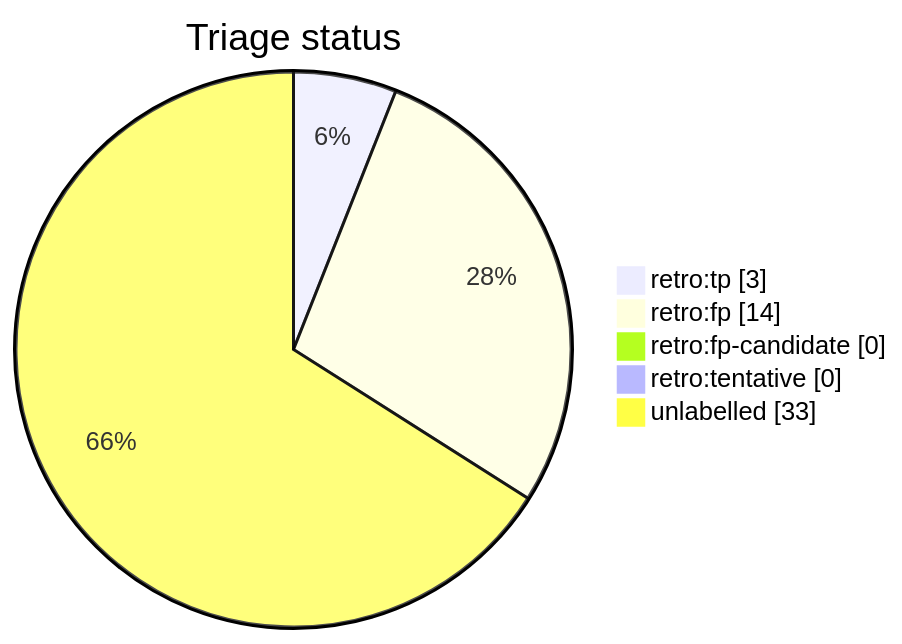
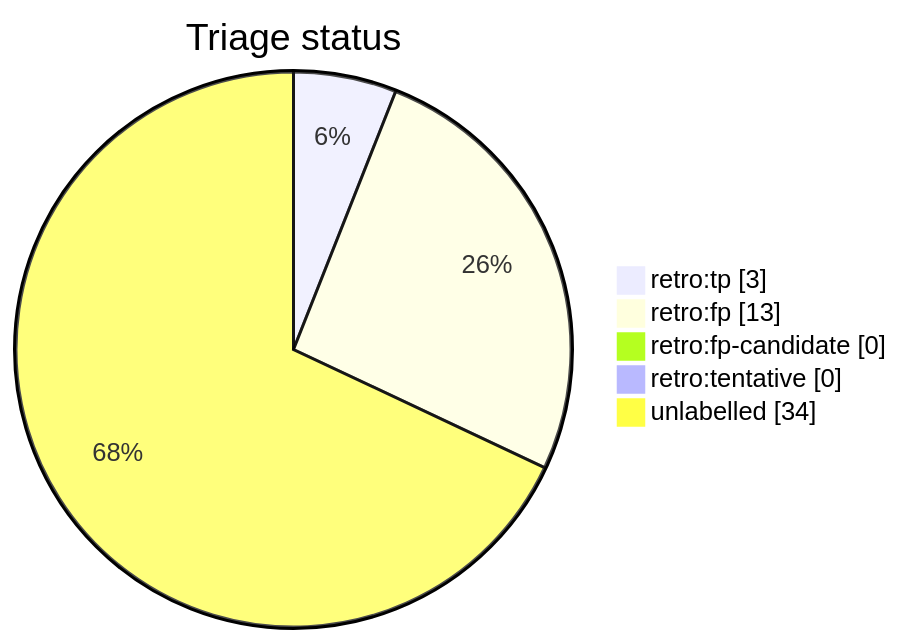
One commit to tvna/claude-md changed the diagram in docs/generated/scripts/auto-retro-triage-report.md. Above: the diagram before and after it, drawn with Mermaid. The commit also changed other lines of this file, not shown here.

First line of the commit message:
chore(auto-retro): refresh triage report

````diff
--- a/docs/generated/scripts/auto-retro-triage-report.md
+++ b/docs/generated/scripts/auto-retro-triage-report.md
@@ -15,9 +15,9 @@
 ```mermaid
 pie showData
     title Triage status
     "retro:tp" : 3
-    "retro:fp" : 14
+    "retro:fp" : 13
     "retro:fp-candidate" : 0
     "retro:tentative" : 0
-    "unlabelled" : 33
+    "unlabelled" : 34
 ```
````
